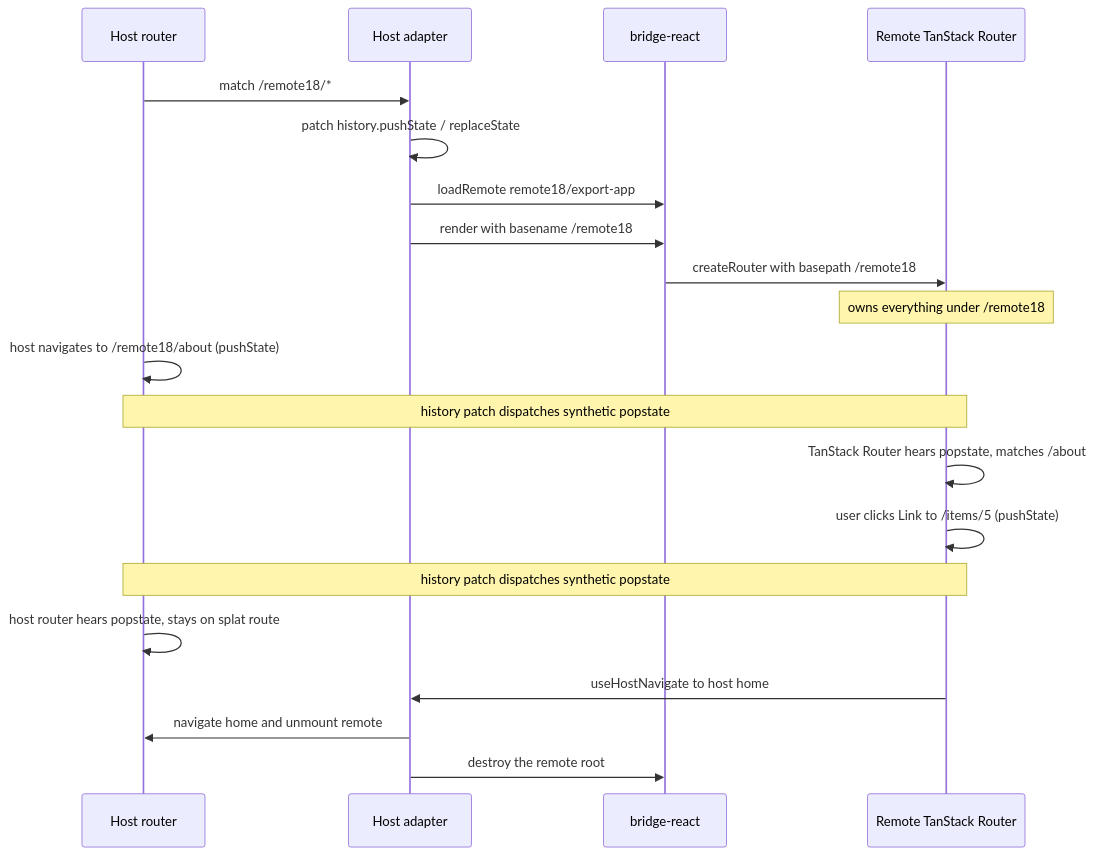
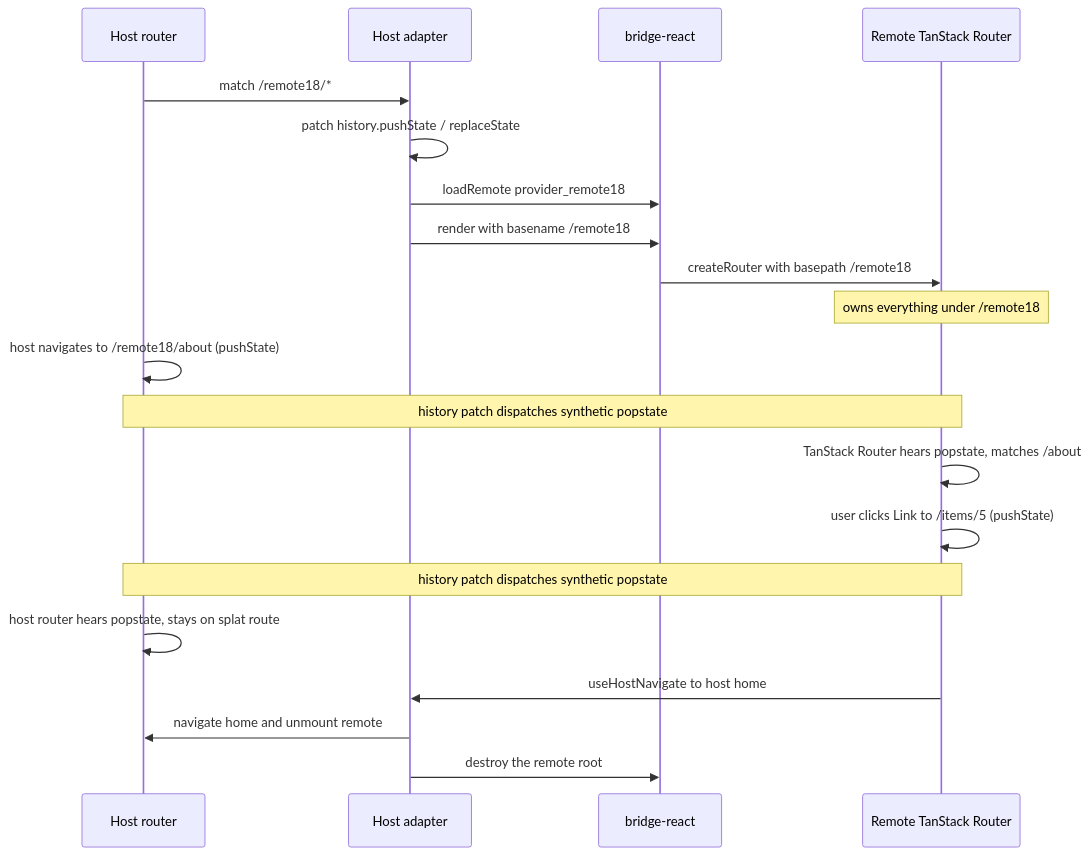
One commit to arshabh-agarwal/bridge-react-poc changed the diagram in README.md. Above: the diagram before and after it, drawn with Mermaid. The commit also changed other lines of this file and 37 other files, not shown here.

````diff
--- a/README.md
+++ b/README.md
@@ -73,23 +73,23 @@
 ```mermaid
 sequenceDiagram
   participant Host as Host router
   participant Adapter as Host adapter
   participant Provider as bridge-react
   participant Remote as Remote TanStack Router
 
   Host->>Adapter: match /remote18/*
   Adapter->>Adapter: patch history.pushState / replaceState
-  Adapter->>Provider: loadRemote remote18/export-app
+  Adapter->>Provider: loadRemote provider_remote18
   Adapter->>Provider: render with basename /remote18
   Provider->>Remote: createRouter with basepath /remote18
   Note over Remote: owns everything under /remote18
   Host->>Host: host navigates to /remote18/about (pushState)
   Note over Host,Remote: history patch dispatches synthetic popstate
   Remote->>Remote: TanStack Router hears popstate, matches /about
   Remote->>Remote: user clicks Link to /items/5 (pushState)
   Note over Host,Remote: history patch dispatches synthetic popstate
   Host->>Host: host router hears popstate, stays on splat route
   Remote->>Adapter: useHostNavigate to host home
   Adapter->>Host: navigate home and unmount remote
   Adapter->>Provider: destroy the remote root
 ```
````
